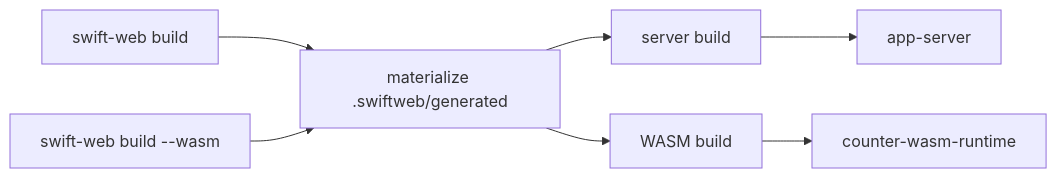
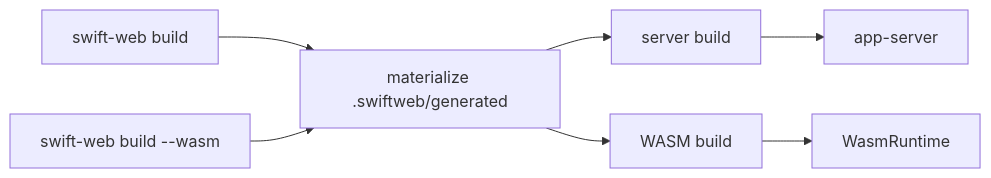
Before and after one commit to 1amageek/swift-web: the fifth of 6 diagrams in Sources/SwiftWebCLI/README.md, drawn with Mermaid. The commit also changed other lines of this file and 60 other files, not shown here.

````diff
--- a/Sources/SwiftWebCLI/README.md
+++ b/Sources/SwiftWebCLI/README.md
@@ -100,9 +106,9 @@
 ```mermaid
 flowchart LR
   A["swift-web build"] --> B["materialize .swiftweb/generated"]
   B --> C["server build"]
   A2["swift-web build --wasm"] --> B
   B --> D["WASM build"]
   C --> E["app-server"]
-  D --> F["counter-wasm-runtime"]
+  D --> F["<AppName>WasmRuntime"]
 ```
````
